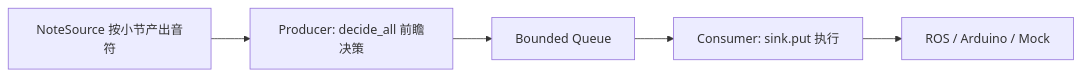
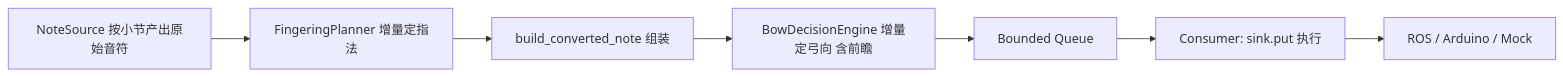
Before and after one commit to JiaxiAn-0118/MIDI-ENCODING-IN-VIOLIN-ROBOT-SYSTEM: the diagram in docs/06 实时双线程骨架说明.md, drawn with Mermaid. The commit also changed other lines of this file, not shown here.

````diff
--- a/docs/06 实时双线程骨架说明.md
+++ b/docs/06 实时双线程骨架说明.md
@@ -160,7 +214,9 @@
 ```mermaid
 flowchart LR
-    A[NoteSource 按小节产出音符] --> B[Producer: decide_all 前瞻决策]
-    B --> C[Bounded Queue]
-    C --> D[Consumer: sink.put 执行]
-    D --> E[ROS / Arduino / Mock]
+    A[NoteSource 按小节产出原始音符] --> B[FingeringPlanner 增量定指法]
+    B --> C[build_converted_note 组装]
+    C --> D[BowDecisionEngine 增量定弓向 含前瞻]
+    D --> E[Bounded Queue]
+    E --> F[Consumer: sink.put 执行]
+    F --> G[ROS / Arduino / Mock]
 ```
````
